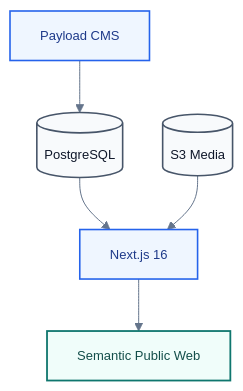
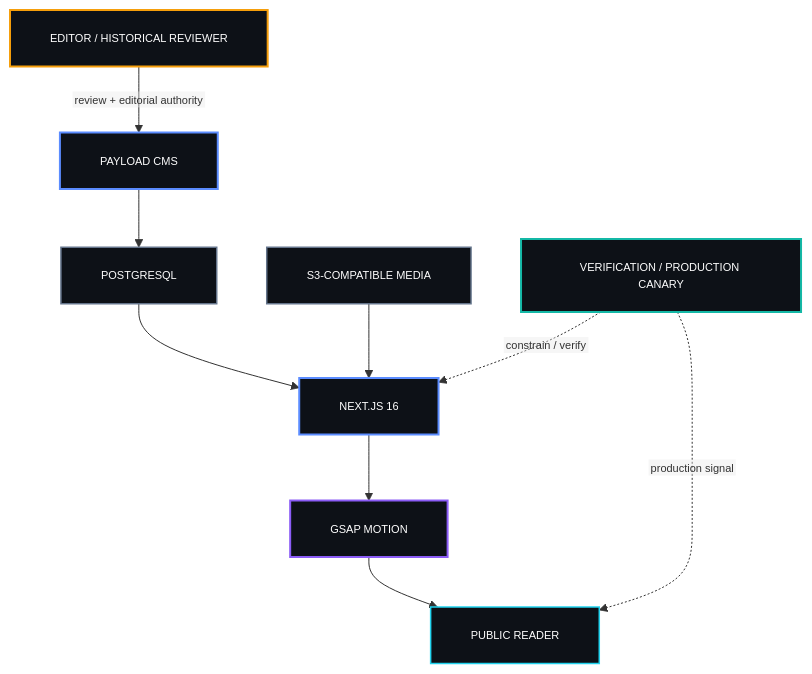
One commit to drferdi/Kediri-Kings-Century changed the second of 4 diagrams in README.md. Above: the diagram before and after it, drawn with Mermaid. The commit also changed other lines of this file, not shown here.

Commit message:
docs(readme): align typography and diagrams with Sentra v1.1

```diff
--- a/README.md
+++ b/README.md
@@ -380,20 +395,35 @@
 ~~~mermaid
-%%{init: {'theme':'base','flowchart':{'curve':'basis','nodeSpacing':40,'rankSpacing':52},'themeVariables':{'fontFamily':'Inter, ui-sans-serif, system-ui','fontSize':'13px','lineColor':'#64748B'}}}%%
+%%{init: {"flowchart": {"htmlLabels": false, "padding": 20}, "themeVariables": {"fontFamily": "monospace", "fontSize": "11px"}}}%%
 flowchart TB
-  CMS["Payload CMS"]
-  DB[("PostgreSQL")]
-  NEXT["Next.js 16"]
-  WEB["Semantic Public Web"]
-  MEDIA[("S3 Media")]
+  HUMAN["EDITOR / HISTORICAL REVIEWER"]
+  CMS["PAYLOAD CMS"]
+  DB["POSTGRESQL"]
+  MEDIA["S3-COMPATIBLE MEDIA"]
+  APP["NEXT.JS 16"]
+  MOTION["GSAP MOTION"]
+  VERIFY["VERIFICATION / PRODUCTION CANARY"]
+  PUBLIC["PUBLIC READER"]
 
-  CMS --> DB --> NEXT --> WEB
-  MEDIA --> NEXT
+  HUMAN -->|review + editorial authority| CMS
+  CMS --> DB
+  DB --> APP
+  MEDIA --> APP
+  APP --> MOTION
+  MOTION --> PUBLIC
+  VERIFY -. constrain / verify .-> APP
+  VERIFY -. production signal .-> PUBLIC
 
-  classDef core fill:#EFF6FF,stroke:#2563EB,stroke-width:1.6px,color:#1E3A8A;
-  classDef data fill:#F8FAFC,stroke:#475569,stroke-width:1.6px,color:#0F172A;
-  classDef public fill:#F0FDFA,stroke:#0F766E,stroke-width:1.8px,color:#134E4A;
+  classDef authority fill:#0D1117,stroke:#F59E0B,color:#ffffff,stroke-width:2px;
+  classDef agent fill:#0D1117,stroke:#8B5CF6,color:#ffffff,stroke-width:2px;
+  classDef control fill:#0D1117,stroke:#14B8A6,color:#ffffff,stroke-width:2px;
+  classDef core fill:#0D1117,stroke:#5B8CFF,color:#ffffff,stroke-width:2px;
+  classDef shared fill:#0D1117,stroke:#64748B,color:#ffffff,stroke-width:1.5px;
+  classDef surface fill:#0D1117,stroke:#22D3EE,color:#ffffff,stroke-width:1.5px;
 
-  class CMS,NEXT core;
-  class DB,MEDIA data;
-  class WEB public;
+  class HUMAN authority;
+  class VERIFY control;
+  class CMS,APP core;
+  class DB,MEDIA shared;
+  class MOTION agent;
+  class PUBLIC surface;
 ~~~
```
